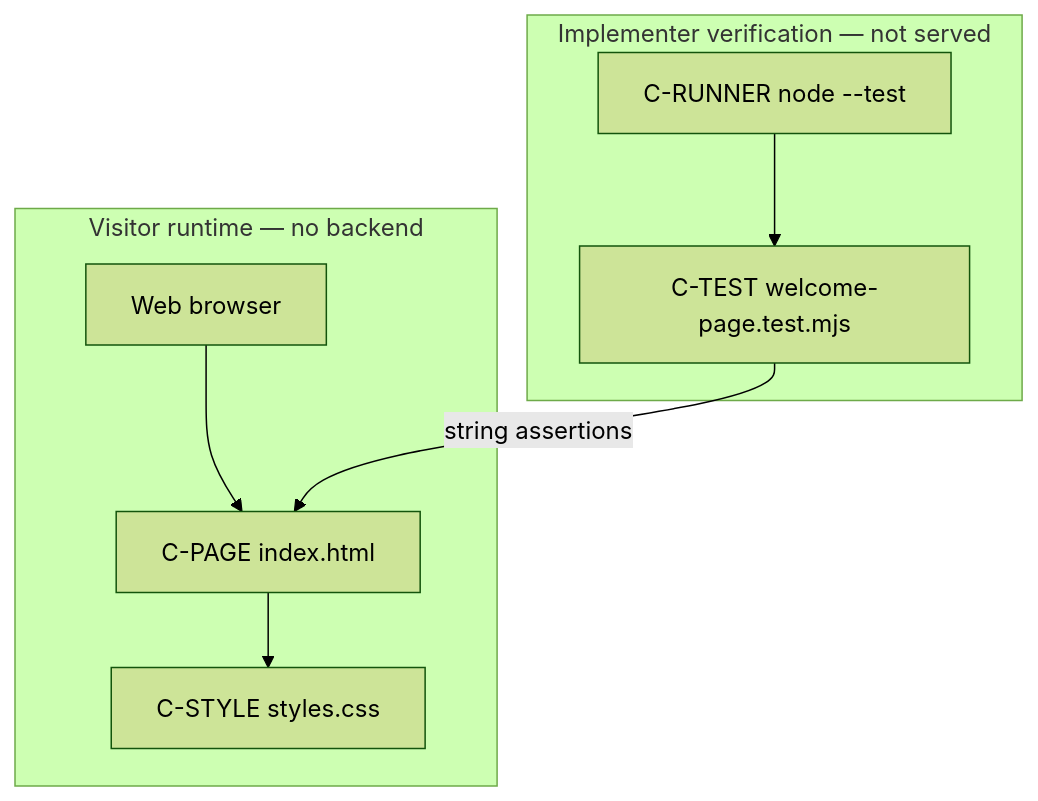
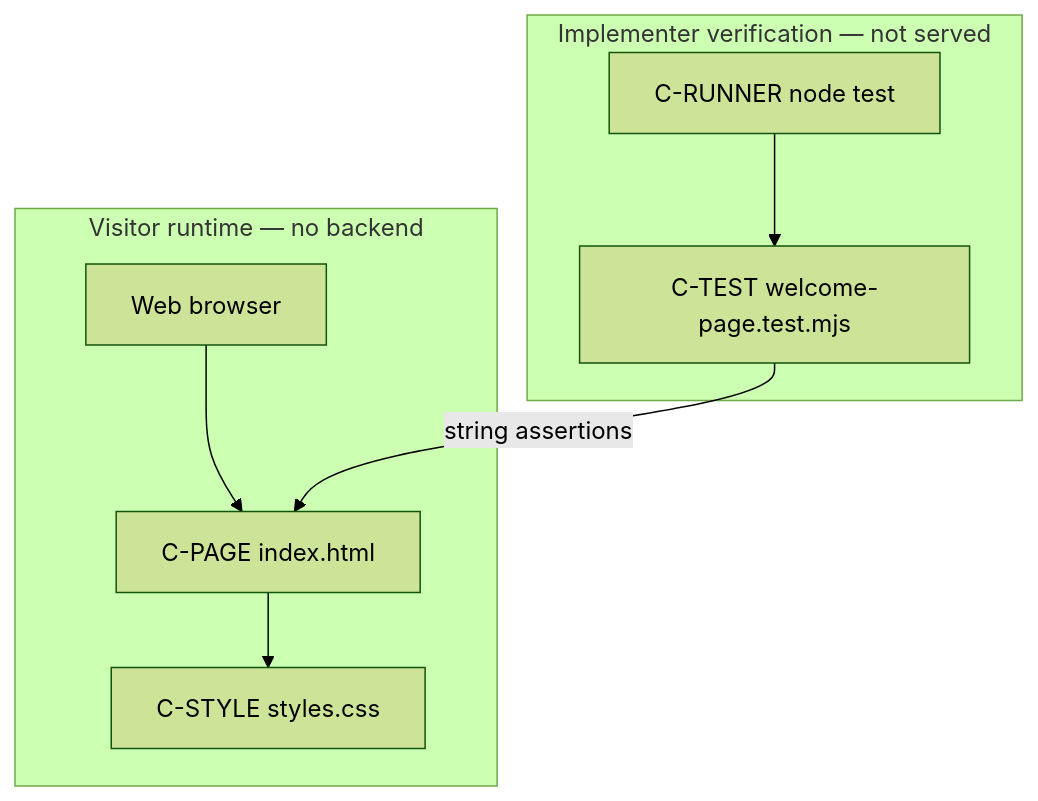
One commit to KBSHari/Cursor-agents changed the second of 4 diagrams in plans/hari-agents/architecture.md. Above: the diagram before and after it, drawn with Mermaid (forest theme). The commit also changed other lines of this file, not shown here.

````diff
--- a/plans/hari-agents/architecture.md
+++ b/plans/hari-agents/architecture.md
@@ -161,17 +169,17 @@
 ```mermaid
 flowchart TB
     subgraph Runtime["Visitor runtime — no backend"]
         Browser[Web browser]
         HTML[C-PAGE index.html]
         CSS[C-STYLE styles.css]
         Browser --> HTML
         HTML --> CSS
     end
 
     subgraph Verification["Implementer verification — not served"]
-        Node[C-RUNNER node --test]
+        Node[C-RUNNER node test]
         Test[C-TEST welcome-page.test.mjs]
         Node --> Test
         Test -->|string assertions| HTML
     end
 ```
````
